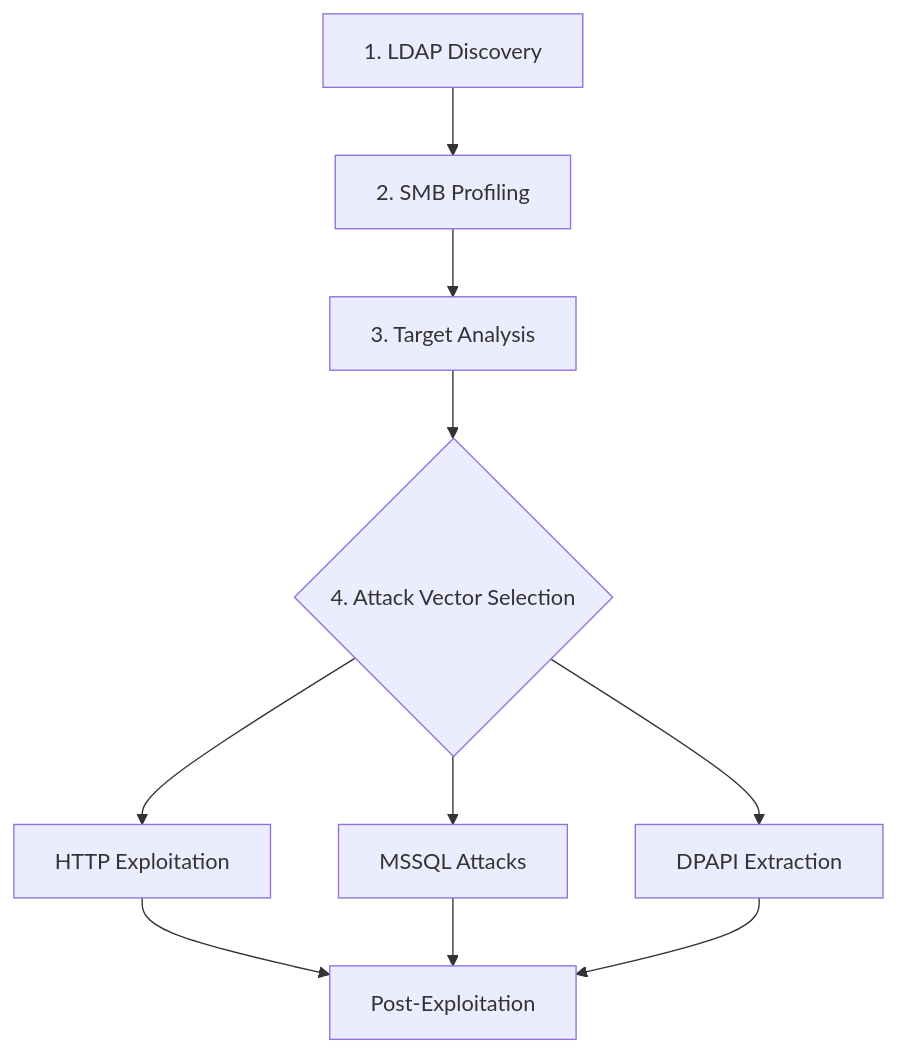
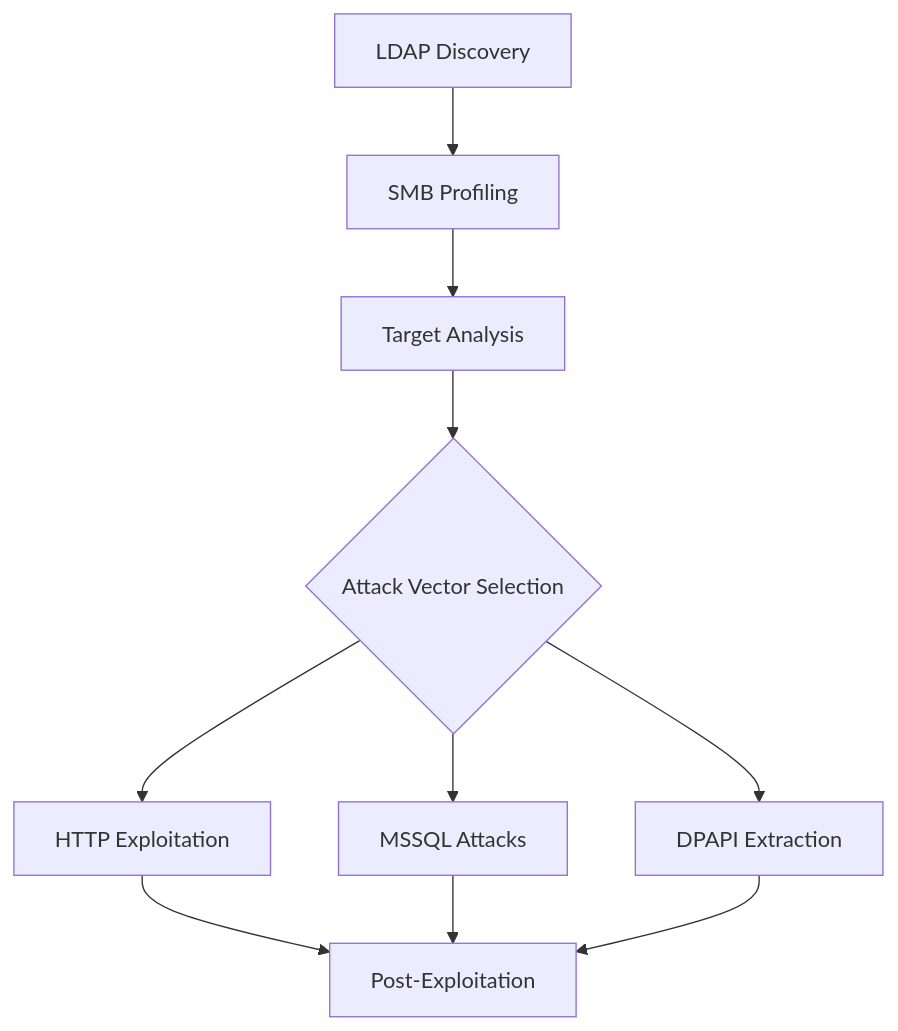
The diagram in sccmhunter-docs/getting-started/quick-start.mdx (SpecterOps/SpecterOpsDocs), drawn with Mermaid before and after one commit. The commit also changed 1 other file, not shown here.

Commit message:
Update documentation formatting and section titles
Removed step numbers from the quick start mermaid diagram for clarity and deleted redundant 'Admin Management Commands' section header in administrative tasks documentation.

````diff
--- a/sccmhunter-docs/getting-started/quick-start.mdx
+++ b/sccmhunter-docs/getting-started/quick-start.mdx
@@ -16,12 +16,12 @@
 ```mermaid
 graph TD
-    A[1. LDAP Discovery] --> B[2. SMB Profiling]
-    B --> C[3. Target Analysis]
-    C --> D{4. Attack Vector Selection}
+    A[LDAP Discovery] --> B[SMB Profiling]
+    B --> C[Target Analysis]
+    C --> D{Attack Vector Selection}
     D --> E[HTTP Exploitation]
     D --> F[MSSQL Attacks]
     D --> G[DPAPI Extraction]
     E --> H[Post-Exploitation]
     F --> H
     G --> H
 ```
````
